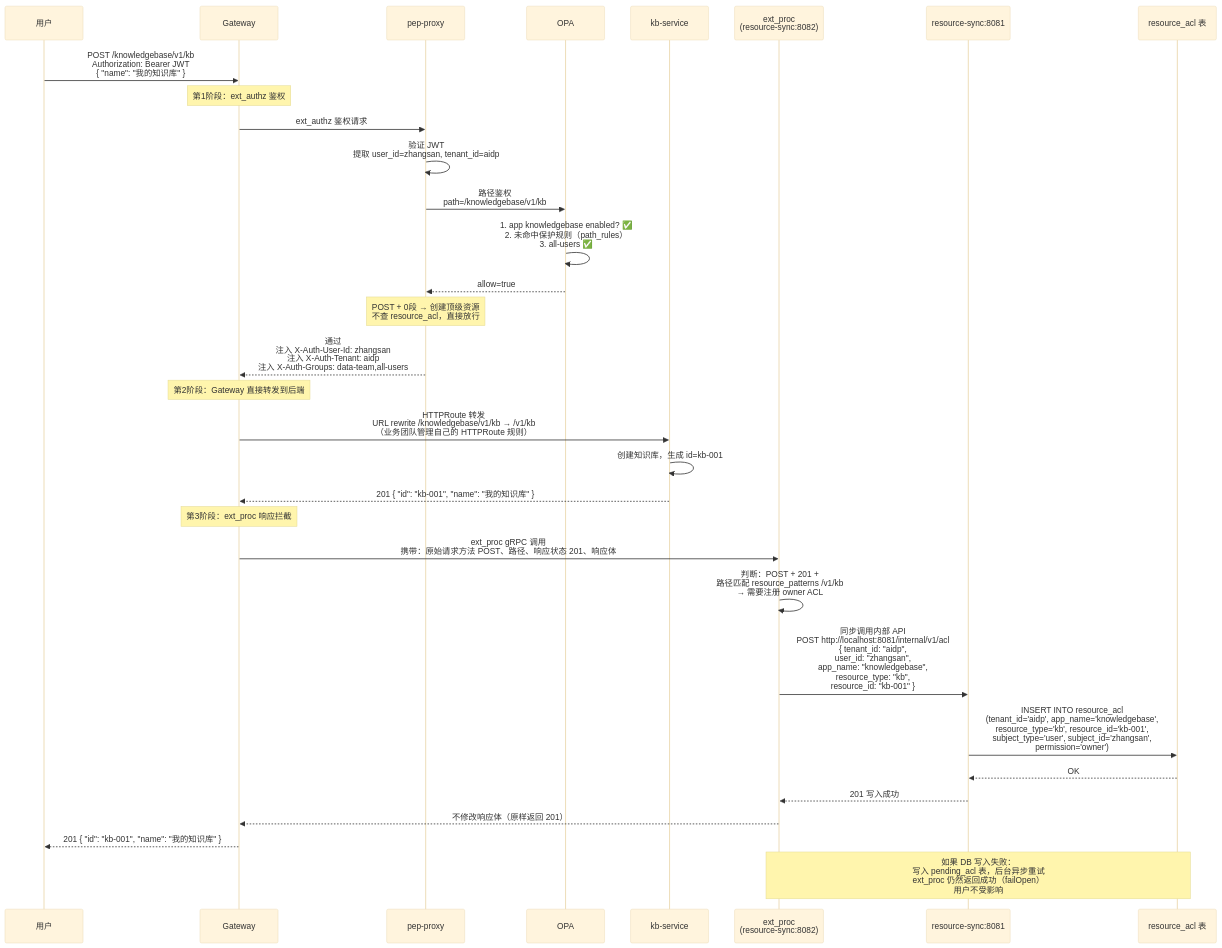
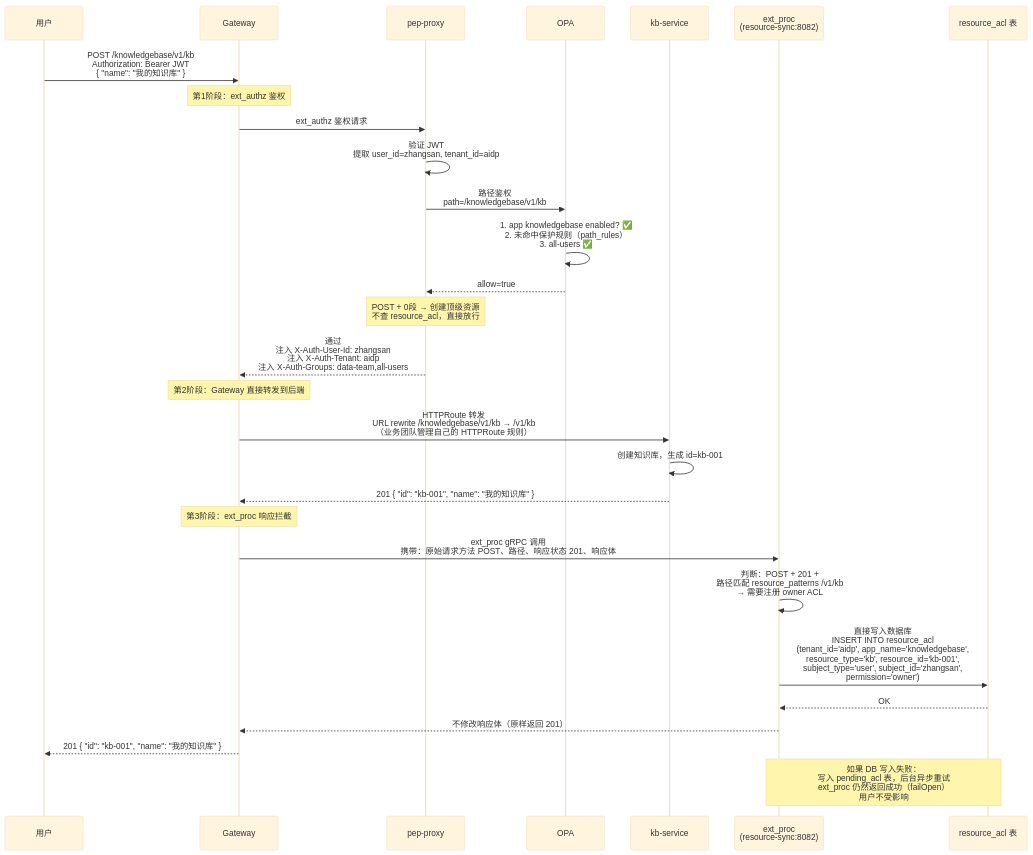
The eighth of 15 diagrams in diagrams/request-flow.md (xiewanchao/aidp-iam), drawn with Mermaid (base theme) before and after one commit. The commit also changed other lines of this file and 43 other files, not shown here.

First line of the commit message:
feat: IAM v2.0 - groups model, resource ACL, ext_proc, API Key auth

````diff
--- a/diagrams/request-flow.md
+++ b/diagrams/request-flow.md
@@ -298,43 +296,40 @@
 ```mermaid
 sequenceDiagram
     participant U as 用户
     participant GW as Gateway
     participant PEP as pep-proxy
     participant OPA as OPA
     participant KB as kb-service
     participant EP as ext_proc<br/>(resource-sync:8082)
-    participant API as resource-sync:8081
     participant DB as resource_acl 表
 
     U->>GW: POST /knowledgebase/v1/kb<br/>Authorization: Bearer JWT<br/>{ "name": "我的知识库" }
 
     Note over GW: 第1阶段：ext_authz 鉴权
     GW->>PEP: ext_authz 鉴权请求
     PEP->>PEP: 验证 JWT<br/>提取 user_id=zhangsan, tenant_id=aidp
     PEP->>OPA: 路径鉴权<br/>path=/knowledgebase/v1/kb
     OPA->>OPA: 1. app knowledgebase enabled? ✅<br/>2. 未命中保护规则（path_rules）<br/>3. all-users ✅
     OPA-->>PEP: allow=true
 
     Note over PEP: POST + 0段 → 创建顶级资源<br/>不查 resource_acl，直接放行
     PEP-->>GW: 通过<br/>注入 X-Auth-User-Id: zhangsan<br/>注入 X-Auth-Tenant: aidp<br/>注入 X-Auth-Groups: data-team,all-users
 
     Note over GW: 第2阶段：Gateway 直接转发到后端
     GW->>KB: HTTPRoute 转发<br/>URL rewrite /knowledgebase/v1/kb → /v1/kb<br/>（业务团队管理自己的 HTTPRoute 规则）
     KB->>KB: 创建知识库，生成 id=kb-001
     KB-->>GW: 201 { "id": "kb-001", "name": "我的知识库" }
 
     Note over GW: 第3阶段：ext_proc 响应拦截
     GW->>EP: ext_proc gRPC 调用<br/>携带：原始请求方法 POST、路径、响应状态 201、响应体
     EP->>EP: 判断：POST + 201 +<br/>路径匹配 resource_patterns /v1/kb<br/>→ 需要注册 owner ACL
 
-    EP->>API: 同步调用内部 API<br/>POST http://localhost:8081/internal/v1/acl<br/>{ tenant_id: "aidp",<br/>  user_id: "zhangsan",<br/>  app_name: "knowledgebase",<br/>  resource_type: "kb",<br/>  resource_id: "kb-001" }
-    API->>DB: INSERT INTO resource_acl<br/>(tenant_id='aidp', app_name='knowledgebase',<br/>resource_type='kb', resource_id='kb-001',<br/>subject_type='user', subject_id='zhangsan',<br/>permission='owner')
-    DB-->>API: OK
-    API-->>EP: 201 写入成功
+    EP->>DB: 直接写入数据库<br/>INSERT INTO resource_acl<br/>(tenant_id='aidp', app_name='knowledgebase',<br/>resource_type='kb', resource_id='kb-001',<br/>subject_type='user', subject_id='zhangsan',<br/>permission='owner')
+    DB-->>EP: OK
 
     EP-->>GW: 不修改响应体（原样返回 201）
 
     GW-->>U: 201 { "id": "kb-001", "name": "我的知识库" }
 
     Note over EP,DB: 如果 DB 写入失败：<br/>写入 pending_acl 表，后台异步重试<br/>ext_proc 仍然返回成功（failOpen）<br/>用户不受影响
 ```
````
